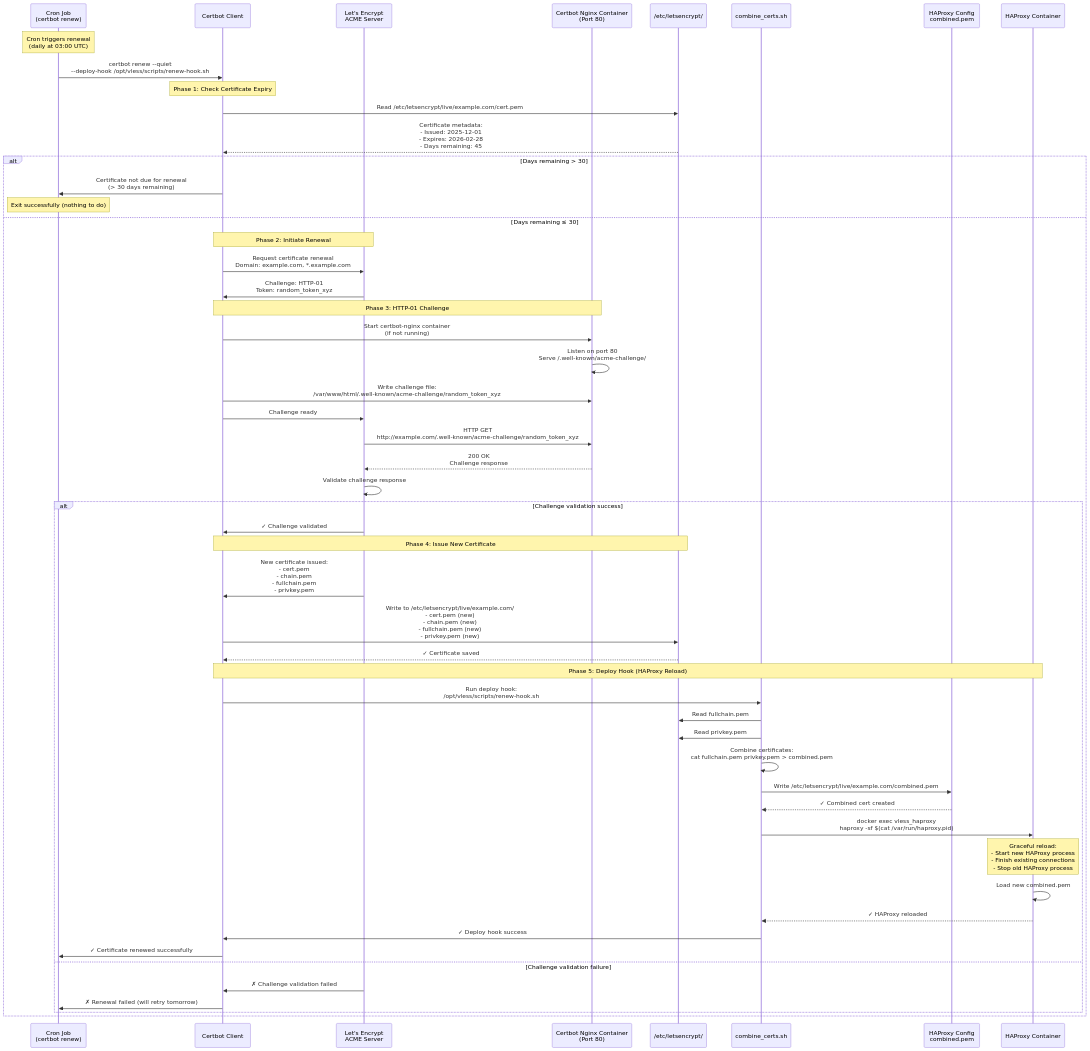
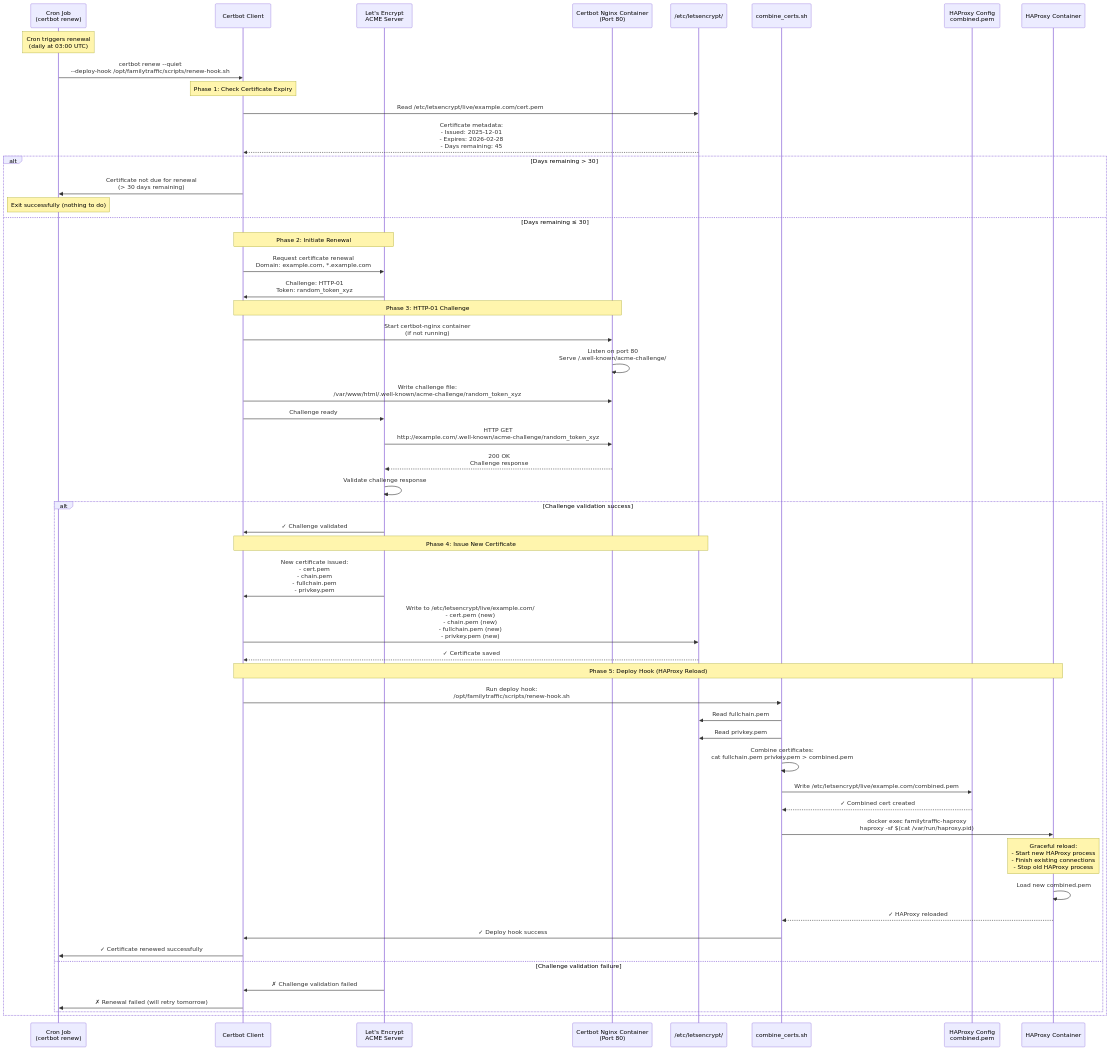
The first of 8 diagrams in docs/architecture/diagrams/sequences/cert-renewal.md (ikeniborn/vless), drawn with Mermaid before and after one commit. The commit also changed other lines of this file and 66 other files, not shown here.

First line of the commit message:
refactor(rename): replace old project name 'vless' with 'familytraffic'

```diff
--- a/docs/architecture/diagrams/sequences/cert-renewal.md
+++ b/docs/architecture/diagrams/sequences/cert-renewal.md
@@ -28,7 +28,7 @@
 
     Note over Cron: Cron triggers renewal<br/>(daily at 03:00 UTC)
 
-    Cron->>Certbot: certbot renew --quiet<br/>--deploy-hook /opt/vless/scripts/renew-hook.sh
+    Cron->>Certbot: certbot renew --quiet<br/>--deploy-hook /opt/familytraffic/scripts/renew-hook.sh
 
     Note over Certbot: Phase 1: Check Certificate Expiry
 
@@ -72,7 +72,7 @@
 
             Note over Certbot,HAProxy: Phase 5: Deploy Hook (HAProxy Reload)
 
-            Certbot->>CombineScript: Run deploy hook:<br/>/opt/vless/scripts/renew-hook.sh
+            Certbot->>CombineScript: Run deploy hook:<br/>/opt/familytraffic/scripts/renew-hook.sh
 
             CombineScript->>CertStorage: Read fullchain.pem
             CombineScript->>CertStorage: Read privkey.pem
@@ -82,7 +82,7 @@
             CombineScript->>HAProxyConfig: Write /etc/letsencrypt/live/example.com/combined.pem
             HAProxyConfig-->>CombineScript: ✓ Combined cert created
 
-            CombineScript->>HAProxy: docker exec vless_haproxy<br/>haproxy -sf $(cat /var/run/haproxy.pid)
+            CombineScript->>HAProxy: docker exec familytraffic-haproxy<br/>haproxy -sf $(cat /var/run/haproxy.pid)
 
             Note over HAProxy: Graceful reload:<br/>- Start new HAProxy process<br/>- Finish existing connections<br/>- Stop old HAProxy process
 
```
